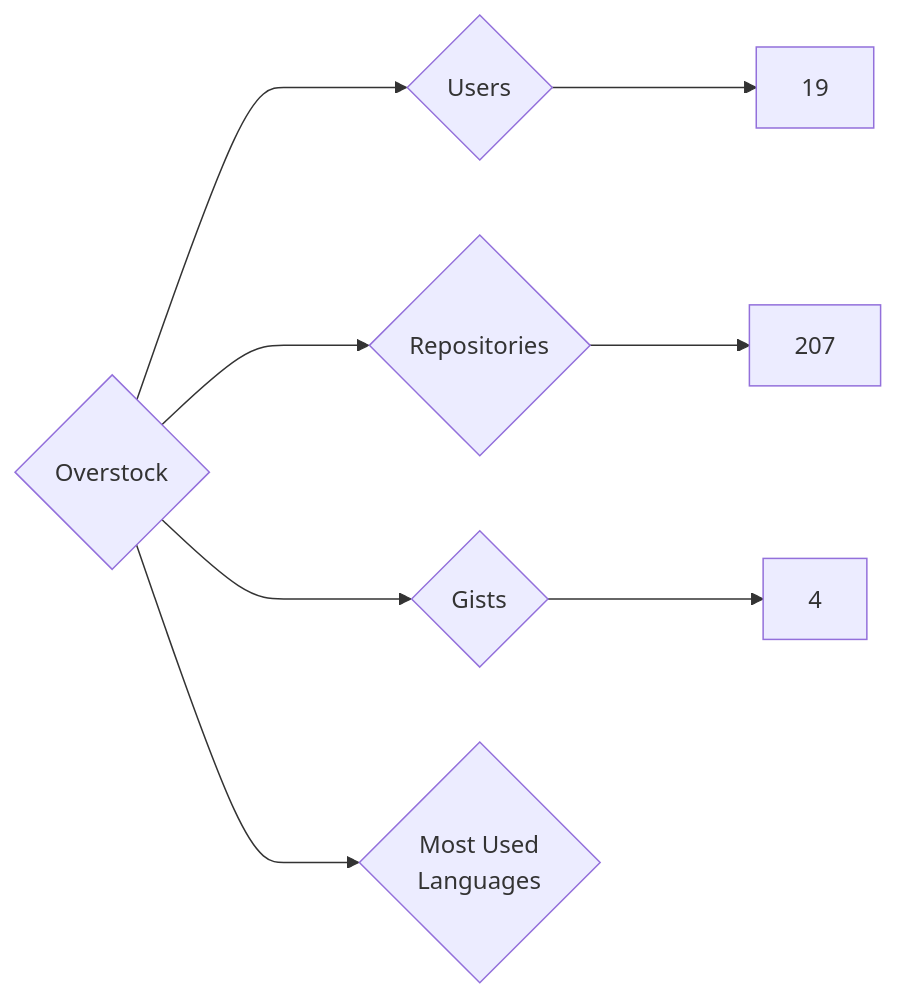
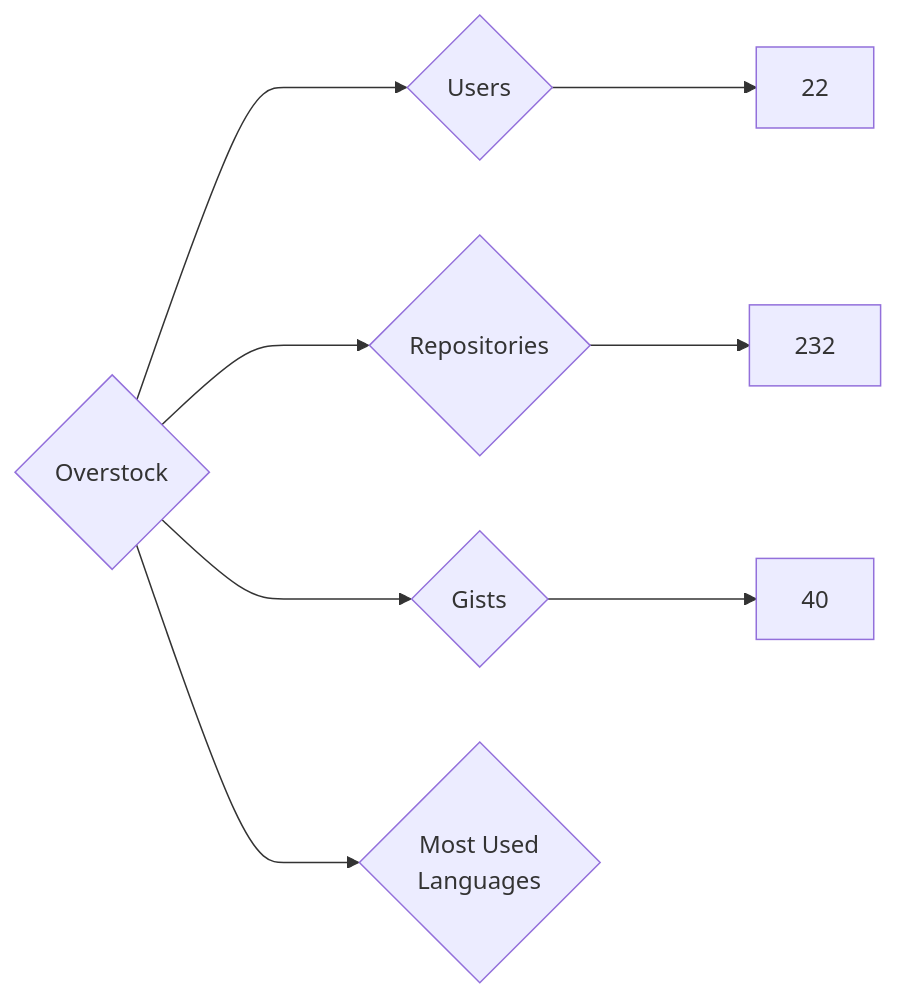
Before and after one commit to nenadzaric/insiders: the diagram in targets/Overstock/README.md, drawn with Mermaid. The commit also changed 1342 other files, not shown here.

````diff
--- a/targets/Overstock/README.md
+++ b/targets/Overstock/README.md
@@ -3,8 +3,8 @@
 ```mermaid
 graph LR
 COMPANY_NAME{Overstock}
-COMPANY_NAME ---> U{Users} ---> UN[19]
-COMPANY_NAME ---> R{Repositories} ---> RN[207]
-COMPANY_NAME ---> G{Gists} ---> GN[4]
+COMPANY_NAME ---> U{Users} ---> UN[22]
+COMPANY_NAME ---> R{Repositories} ---> RN[232]
+COMPANY_NAME ---> G{Gists} ---> GN[40]
 COMPANY_NAME ---> ML{Most Used<br>Languages}
 ```
````
